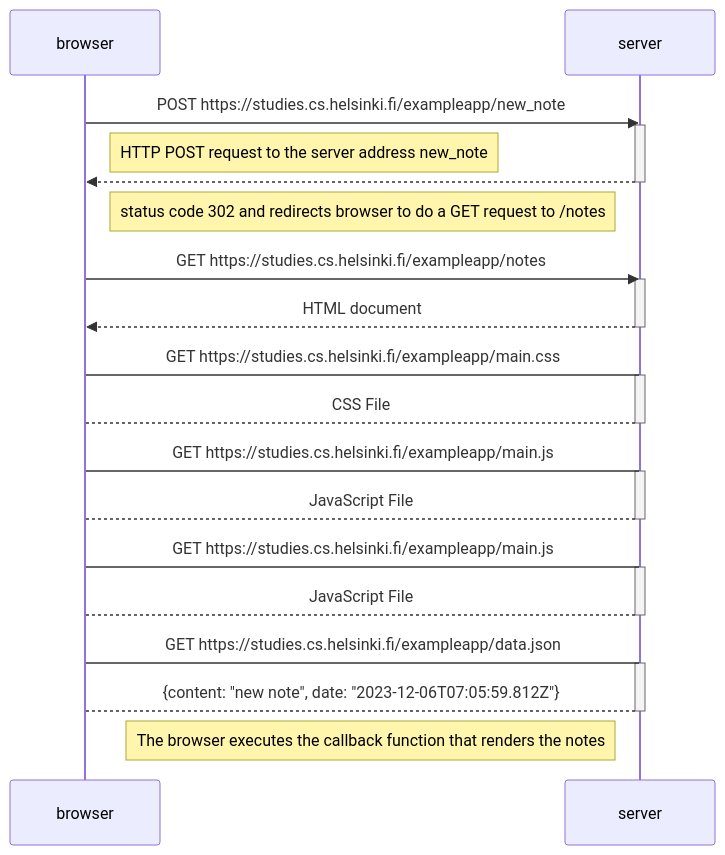
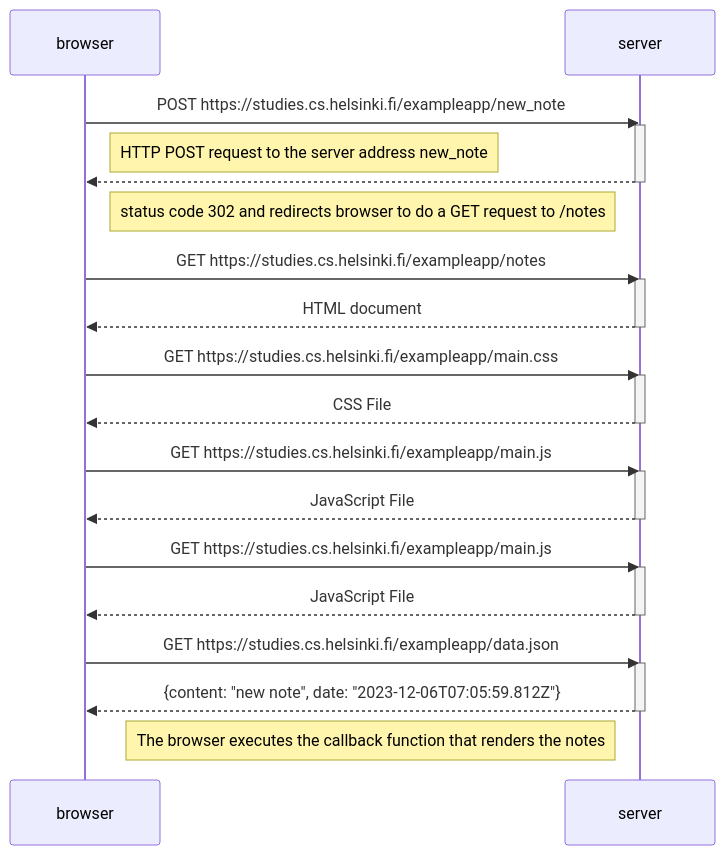
Before and after one commit to bruchimp3/fullstackopen: the diagram in part0/0.4/new-note-diagram.mmd, drawn with Mermaid.

```diff
--- a/part0/0.4/new-note-diagram.mmd
+++ b/part0/0.4/new-note-diagram.mmd
@@ -1,38 +1,38 @@
 sequenceDiagram
     participant browser
     participant server
 
     browser->>server: POST https://studies.cs.helsinki.fi/exampleapp/new_note
     activate server
     Note right of browser: HTTP POST request to the server address new_note
 
     server-->>browser: 
     deactivate server
     Note left of server:  status code 302 and redirects browser to do a GET request to /notes
     
 
     browser->>server: GET https://studies.cs.helsinki.fi/exampleapp/notes
     activate server
     server-->>browser: HTML document
     deactivate server
 
-    browser->server: GET https://studies.cs.helsinki.fi/exampleapp/main.css
+    browser->>server: GET https://studies.cs.helsinki.fi/exampleapp/main.css
     activate server
-    server-->browser: CSS File
+    server-->>browser: CSS File
     deactivate server
     
-    browser->server: GET https://studies.cs.helsinki.fi/exampleapp/main.js
+    browser->>server: GET https://studies.cs.helsinki.fi/exampleapp/main.js
     activate server
-    server-->browser: JavaScript File
+    server-->>browser: JavaScript File
     deactivate server
 
-    browser->server: GET https://studies.cs.helsinki.fi/exampleapp/main.js
+    browser->>server: GET https://studies.cs.helsinki.fi/exampleapp/main.js
     activate server
-    server-->browser: JavaScript File
+    server-->>browser: JavaScript File
     deactivate server
 
-    browser->server: GET https://studies.cs.helsinki.fi/exampleapp/data.json
+    browser->>server: GET https://studies.cs.helsinki.fi/exampleapp/data.json
     activate server
-    server-->browser: {content: "new note", date: "2023-12-06T07:05:59.812Z"}
+    server-->>browser: {content: "new note", date: "2023-12-06T07:05:59.812Z"}
     deactivate server
     Note left of server: The browser executes the callback function that renders the notes
```
